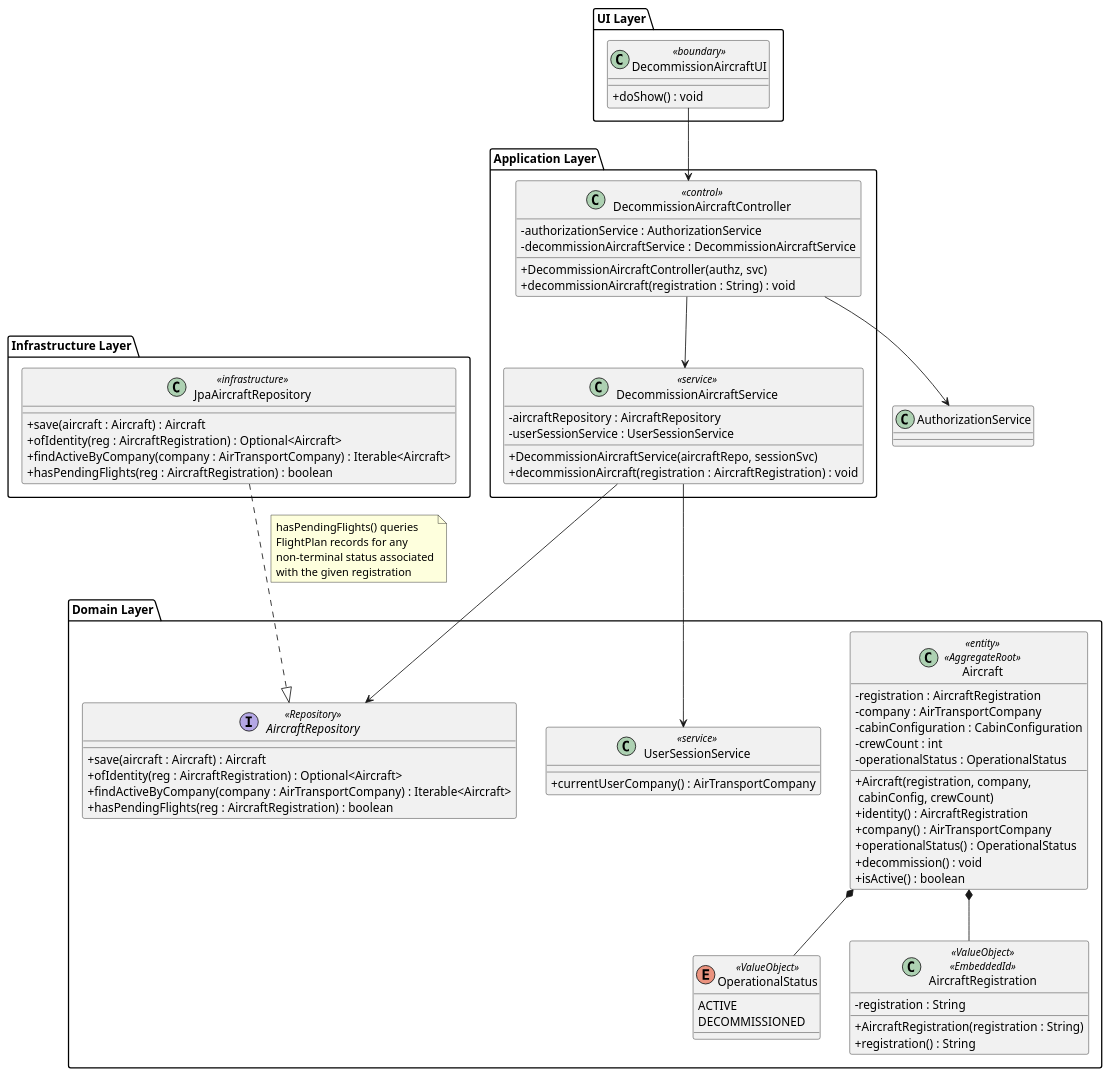
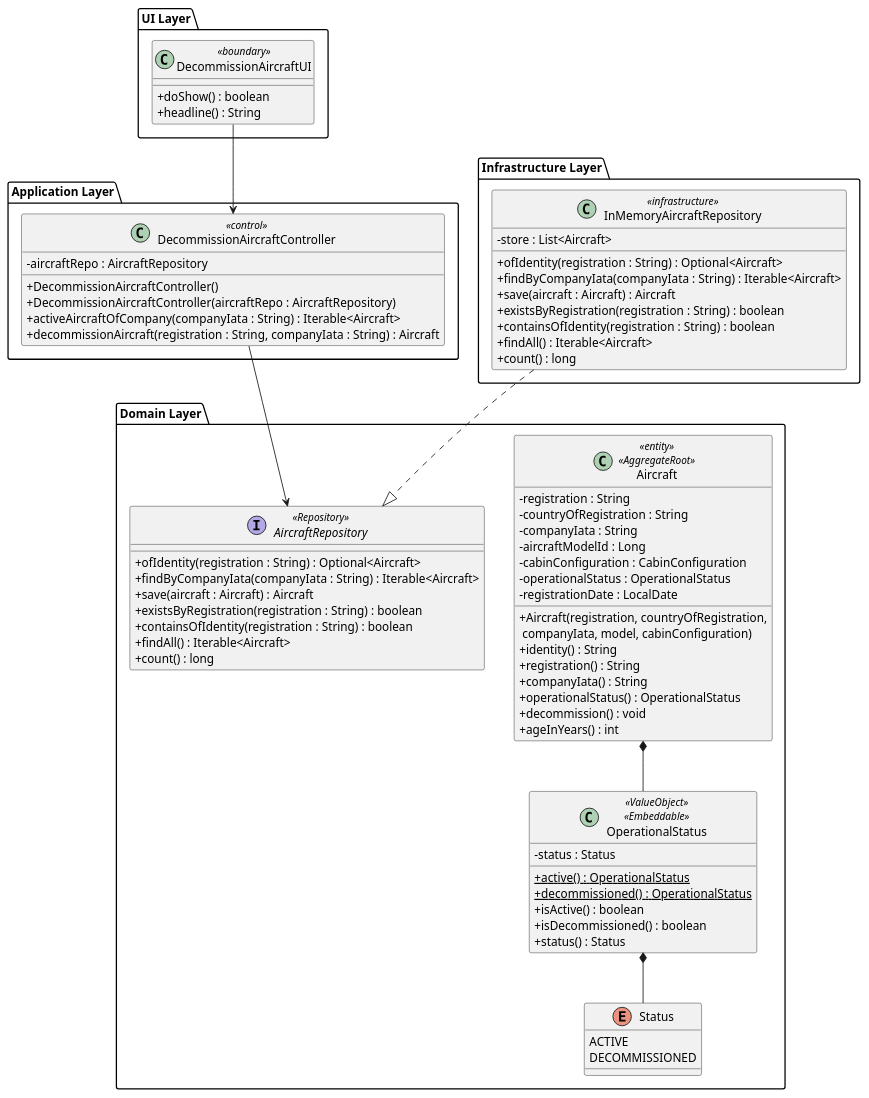
Before and after one commit to DuartePinto1240/sem4pi2526-sem4pi2526_2da2: the diagram in docs/Sprint 2/EAPLI/US071/puml/US071-class-diagram.puml, drawn with PlantUML. The commit also changed 27 other files, not shown here.

```diff
--- a/docs/Sprint 2/EAPLI/US071/puml/US071-class-diagram.puml
+++ b/docs/Sprint 2/EAPLI/US071/puml/US071-class-diagram.puml
@@ -1,92 +1,85 @@
 @startuml US071-class-diagram
 skinparam classAttributeIconSize 0
 
 package "UI Layer" {
   class DecommissionAircraftUI <<boundary>> {
-    + doShow() : void
+    + doShow() : boolean
+    + headline() : String
   }
 }
 
 package "Application Layer" {
   class DecommissionAircraftController <<control>> {
-    - authorizationService : AuthorizationService
-    - decommissionAircraftService : DecommissionAircraftService
-    + DecommissionAircraftController(authz, svc)
-    + decommissionAircraft(registration : String) : void
-  }
-
-  class DecommissionAircraftService <<service>> {
-    - aircraftRepository : AircraftRepository
-    - userSessionService : UserSessionService
-    + DecommissionAircraftService(aircraftRepo, sessionSvc)
-    + decommissionAircraft(registration : AircraftRegistration) : void
+    - aircraftRepo : AircraftRepository
+    + DecommissionAircraftController()
+    + DecommissionAircraftController(aircraftRepo : AircraftRepository)
+    + activeAircraftOfCompany(companyIata : String) : Iterable<Aircraft>
+    + decommissionAircraft(registration : String, companyIata : String) : Aircraft
   }
 }
 
 package "Domain Layer" {
   class Aircraft <<entity>> <<AggregateRoot>> {
-    - registration : AircraftRegistration
-    - company : AirTransportCompany
+    - registration : String
+    - countryOfRegistration : String
+    - companyIata : String
+    - aircraftModelId : Long
     - cabinConfiguration : CabinConfiguration
-    - crewCount : int
     - operationalStatus : OperationalStatus
-    + Aircraft(registration, company,\n cabinConfig, crewCount)
-    + identity() : AircraftRegistration
-    + company() : AirTransportCompany
+    - registrationDate : LocalDate
+    + Aircraft(registration, countryOfRegistration,\n companyIata, model, cabinConfiguration)
+    + identity() : String
+    + registration() : String
+    + companyIata() : String
     + operationalStatus() : OperationalStatus
     + decommission() : void
-    + isActive() : boolean
+    + ageInYears() : int
   }
 
-  enum OperationalStatus <<ValueObject>> {
+  class OperationalStatus <<ValueObject>> <<Embeddable>> {
+    - status : Status
+    + {static} active() : OperationalStatus
+    + {static} decommissioned() : OperationalStatus
+    + isActive() : boolean
+    + isDecommissioned() : boolean
+    + status() : Status
+  }
+
+  enum Status {
     ACTIVE
     DECOMMISSIONED
   }
 
-  class AircraftRegistration <<ValueObject>> <<EmbeddedId>> {
-    - registration : String
-    + AircraftRegistration(registration : String)
-    + registration() : String
-  }
-
   interface AircraftRepository <<Repository>> {
+    + ofIdentity(registration : String) : Optional<Aircraft>
+    + findByCompanyIata(companyIata : String) : Iterable<Aircraft>
     + save(aircraft : Aircraft) : Aircraft
-    + ofIdentity(reg : AircraftRegistration) : Optional<Aircraft>
-    + findActiveByCompany(company : AirTransportCompany) : Iterable<Aircraft>
-    + hasPendingFlights(reg : AircraftRegistration) : boolean
-  }
-
-  class UserSessionService <<service>> {
-    + currentUserCompany() : AirTransportCompany
+    + existsByRegistration(registration : String) : boolean
+    + containsOfIdentity(registration : String) : boolean
+    + findAll() : Iterable<Aircraft>
+    + count() : long
   }
 }
 
 package "Infrastructure Layer" {
-  class JpaAircraftRepository <<infrastructure>> {
+  class InMemoryAircraftRepository <<infrastructure>> {
+    - store : List<Aircraft>
+    + ofIdentity(registration : String) : Optional<Aircraft>
+    + findByCompanyIata(companyIata : String) : Iterable<Aircraft>
     + save(aircraft : Aircraft) : Aircraft
-    + ofIdentity(reg : AircraftRegistration) : Optional<Aircraft>
-    + findActiveByCompany(company : AirTransportCompany) : Iterable<Aircraft>
-    + hasPendingFlights(reg : AircraftRegistration) : boolean
+    + existsByRegistration(registration : String) : boolean
+    + containsOfIdentity(registration : String) : boolean
+    + findAll() : Iterable<Aircraft>
+    + count() : long
   }
 }
 
 DecommissionAircraftUI --> DecommissionAircraftController
-DecommissionAircraftController --> DecommissionAircraftService
-DecommissionAircraftController --> AuthorizationService
+DecommissionAircraftController --> AircraftRepository
 
-DecommissionAircraftService --> AircraftRepository
-DecommissionAircraftService --> UserSessionService
+Aircraft *-- OperationalStatus
+OperationalStatus *-- Status
 
-Aircraft *-- AircraftRegistration
-Aircraft *-- OperationalStatus
-
-JpaAircraftRepository ..|> AircraftRepository
-
-note on link
-  hasPendingFlights() queries
-  FlightPlan records for any
-  non-terminal status associated
-  with the given registration
-end note
+InMemoryAircraftRepository ..|> AircraftRepository
 
 @enduml
```
